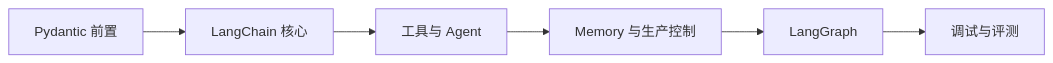
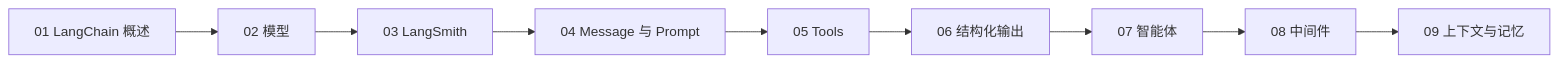
Before and after one commit to asfgas2fsd34t/agent-learning: the diagram in notes/Agent开发实战/README.md, drawn with Mermaid. The commit also changed other lines of this file and 27 other files, not shown here.

````diff
--- a/notes/Agent开发实战/README.md
+++ b/notes/Agent开发实战/README.md
@@ -36,8 +36,11 @@
 ```mermaid
 flowchart LR
-    A["Pydantic 前置"] --> B["LangChain 核心"]
-    B --> C["工具与 Agent"]
-    C --> D["Memory 与生产控制"]
-D --> E["LangGraph"]
-E --> F["调试与评测"]
+    Z["01 LangChain 概述"] --> A["02 模型"]
+    A --> B["03 LangSmith"]
+    B --> C["04 Message 与 Prompt"]
+    C --> D["05 Tools"]
+    D --> E["06 结构化输出"]
+    E --> F["07 智能体"]
+    F --> G["08 中间件"]
+    G --> H["09 上下文与记忆"]
 ```
````
